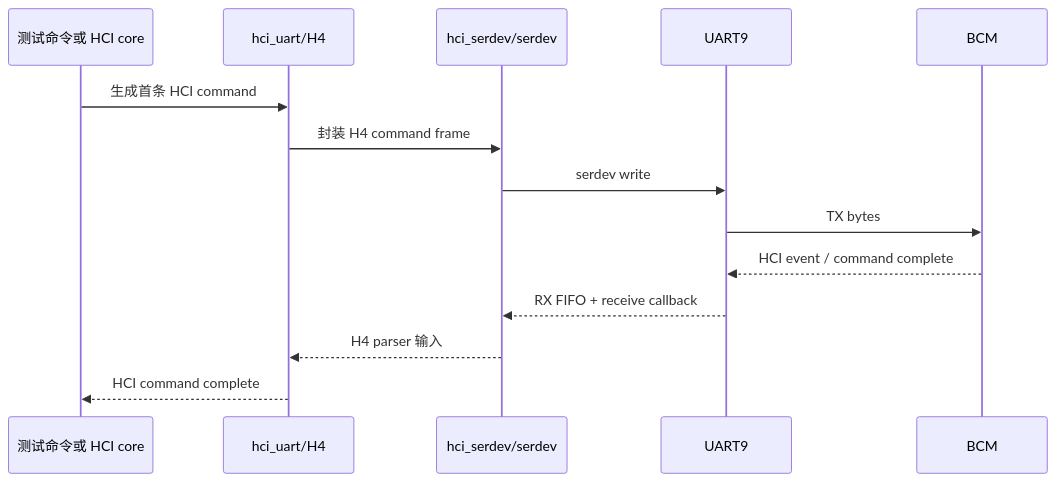
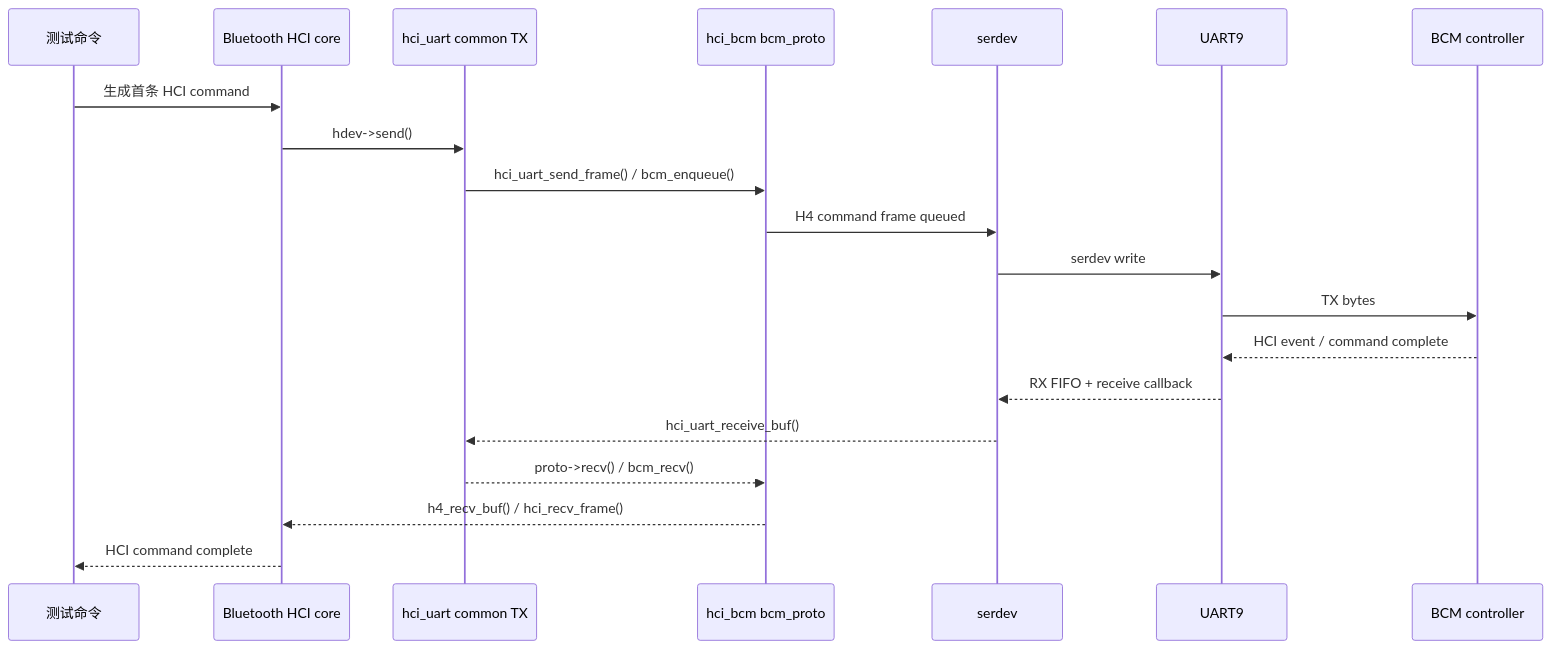
Before and after one commit to ArseneWg/dw-mmc-deep-dive: the fourth of 12 diagrams in 07_bcm_bluetooth_deep_suspend_resume.md, drawn with Mermaid. The commit also changed other lines of this file, not shown here.

Commit message:
docs: correct BCM suspend resume code audit

```diff
--- a/07_bcm_bluetooth_deep_suspend_resume.md
+++ b/07_bcm_bluetooth_deep_suspend_resume.md
@@ -370,16 +379,22 @@
 ~~~mermaid
 sequenceDiagram
-    participant T as 测试命令或 HCI core
-    participant H as hci_uart/H4
-    participant S as hci_serdev/serdev
+    participant T as 测试命令
+    participant C as Bluetooth HCI core
+    participant H as hci_uart common TX
+    participant P as hci_bcm bcm_proto
+    participant S as serdev
     participant U as UART9
-    participant B as BCM
-    T->>H: 生成首条 HCI command
-    H->>S: 封装 H4 command frame
+    participant B as BCM controller
+    T->>C: 生成首条 HCI command
+    C->>H: hdev->send()
+    H->>P: hci_uart_send_frame() / bcm_enqueue()
+    P->>S: H4 command frame queued
     S->>U: serdev write
     U->>B: TX bytes
     B-->>U: HCI event / command complete
     U-->>S: RX FIFO + receive callback
-    S-->>H: H4 parser 输入
-    H-->>T: HCI command complete
+    S-->>H: hci_uart_receive_buf()
+    H-->>P: proto->recv() / bcm_recv()
+    P-->>C: h4_recv_buf() / hci_recv_frame()
+    C-->>T: HCI command complete
 ~~~
```
